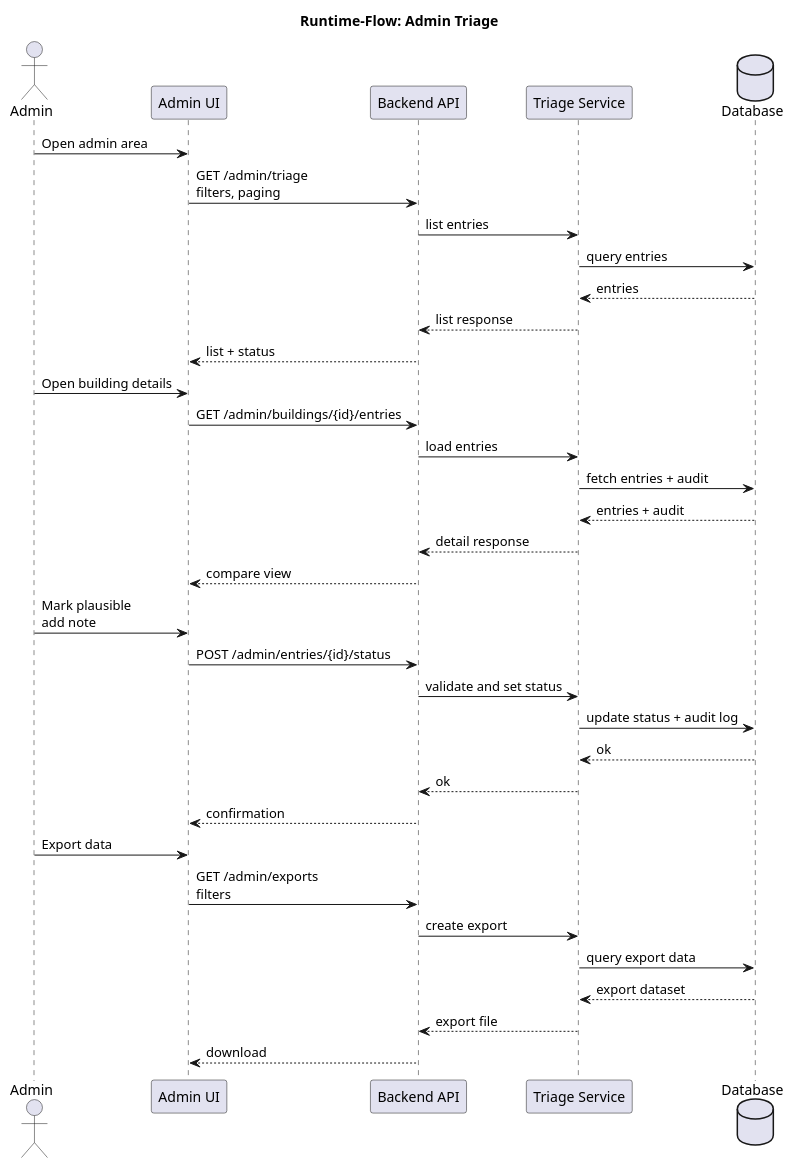
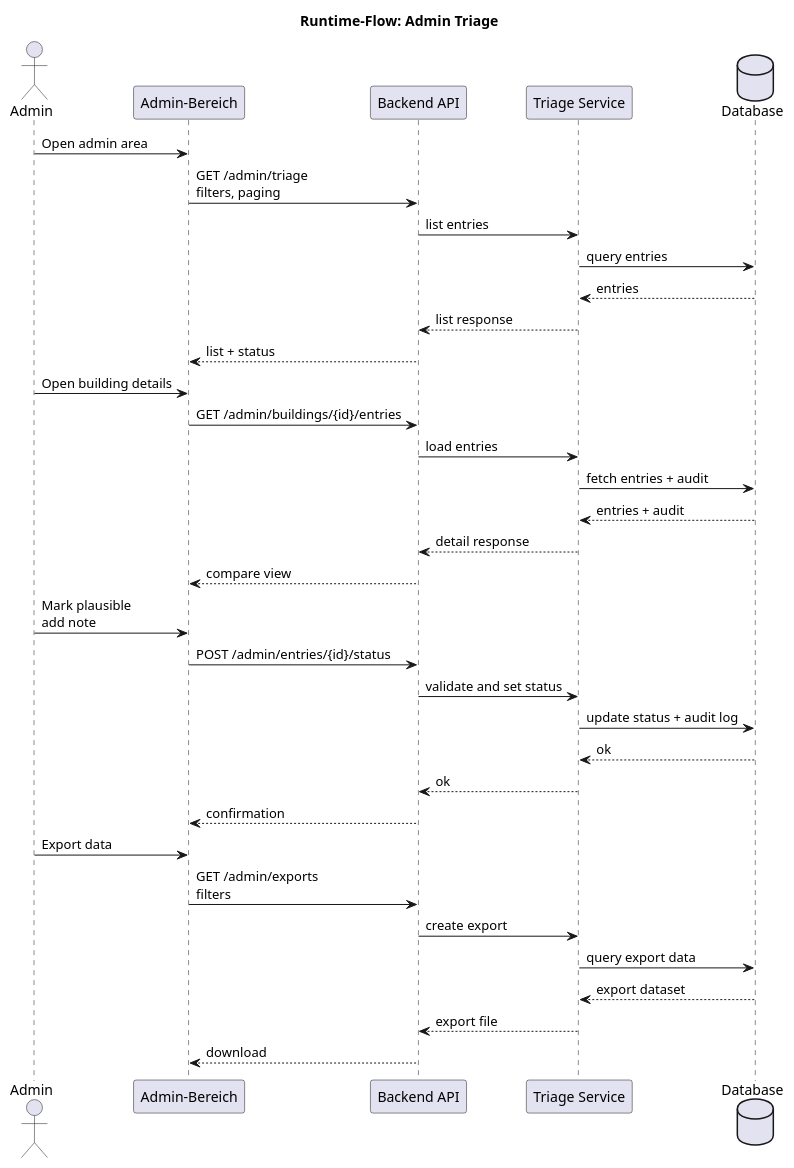
One commit to csi-FOXBYTE/Regensburg_DigitalerEnergieZwilling_Backend changed the diagram in docs/architecture/raw/runtime-flow-admin-triage.puml. Above: the diagram before and after it, drawn with PlantUML. The commit also changed 24 other files, not shown here.

```diff
--- a/docs/architecture/raw/runtime-flow-admin-triage.puml
+++ b/docs/architecture/raw/runtime-flow-admin-triage.puml
@@ -1,42 +1,42 @@
 @startuml
 title Runtime-Flow: Admin Triage
 
 actor Admin
-participant "Admin UI" as ui
+participant "Admin-Bereich" as ui
 participant "Backend API" as api
 participant "Triage Service" as triage
 database "Database" as db
 
 Admin -> ui : Open admin area
 ui -> api : GET /admin/triage\nfilters, paging
 api -> triage : list entries
 triage -> db : query entries
 db --> triage : entries
 triage --> api : list response
 api --> ui : list + status
 
 Admin -> ui : Open building details
 ui -> api : GET /admin/buildings/{id}/entries
 api -> triage : load entries
 triage -> db : fetch entries + audit
 db --> triage : entries + audit
 triage --> api : detail response
 api --> ui : compare view
 
 Admin -> ui : Mark plausible\nadd note
 ui -> api : POST /admin/entries/{id}/status
 api -> triage : validate and set status
 triage -> db : update status + audit log
 db --> triage : ok
 triage --> api : ok
 api --> ui : confirmation
 
 Admin -> ui : Export data
 ui -> api : GET /admin/exports\nfilters
 api -> triage : create export
 triage -> db : query export data
 db --> triage : export dataset
 triage --> api : export file
 api --> ui : download
 
 @enduml
```
